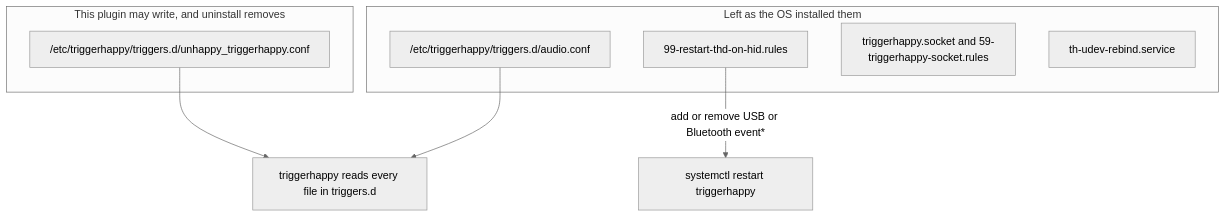
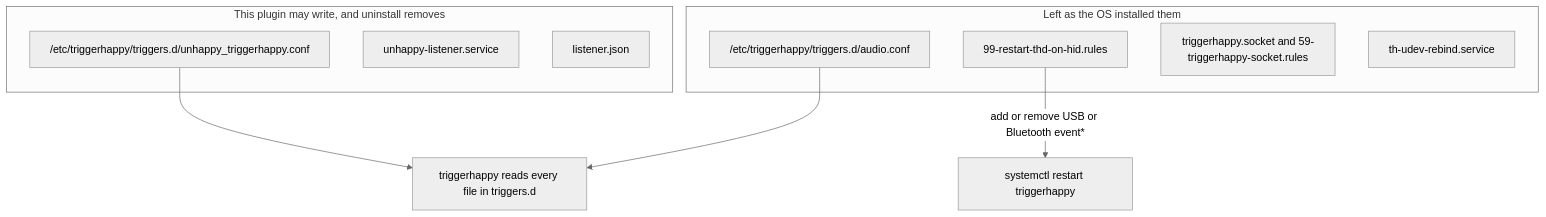
One commit to foonerd/unhappy changed the third of 7 diagrams in README.md. Above: the diagram before and after it, drawn with Mermaid (neutral theme). The commit also changed other lines of this file and 1 other file, not shown here.

Commit message:
docs: the listener, the sudoers file, the release train, and updating

````diff
--- a/README.md
+++ b/README.md
@@ -63,16 +71,18 @@
 ```mermaid
 flowchart TB
   subgraph left ["Left as the OS installed them"]
     AUDIO["/etc/triggerhappy/triggers.d/audio.conf"]
     UDEV["99-restart-thd-on-hid.rules"]
     SOCK["triggerhappy.socket and 59-triggerhappy-socket.rules"]
     REBIND["th-udev-rebind.service"]
   end
   subgraph owned ["This plugin may write, and uninstall removes"]
     OWN["/etc/triggerhappy/triggers.d/unhappy_triggerhappy.conf"]
+    UNIT["unhappy-listener.service"]
+    CONF["listener.json"]
   end
   THD["triggerhappy reads every file in triggers.d"]
   AUDIO --> THD
   OWN --> THD
   UDEV -->|"add or remove USB or Bluetooth event*"| RESTART["systemctl restart triggerhappy"]
 ```
````
